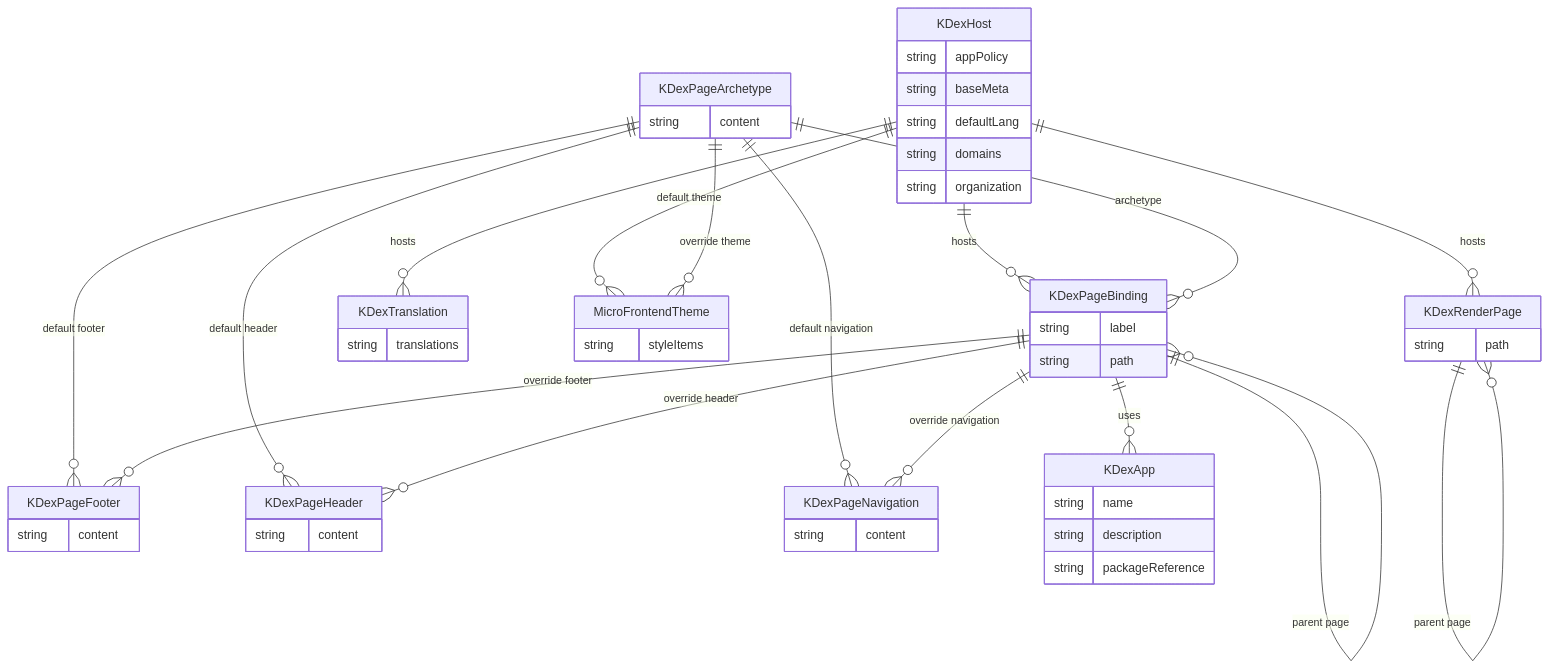
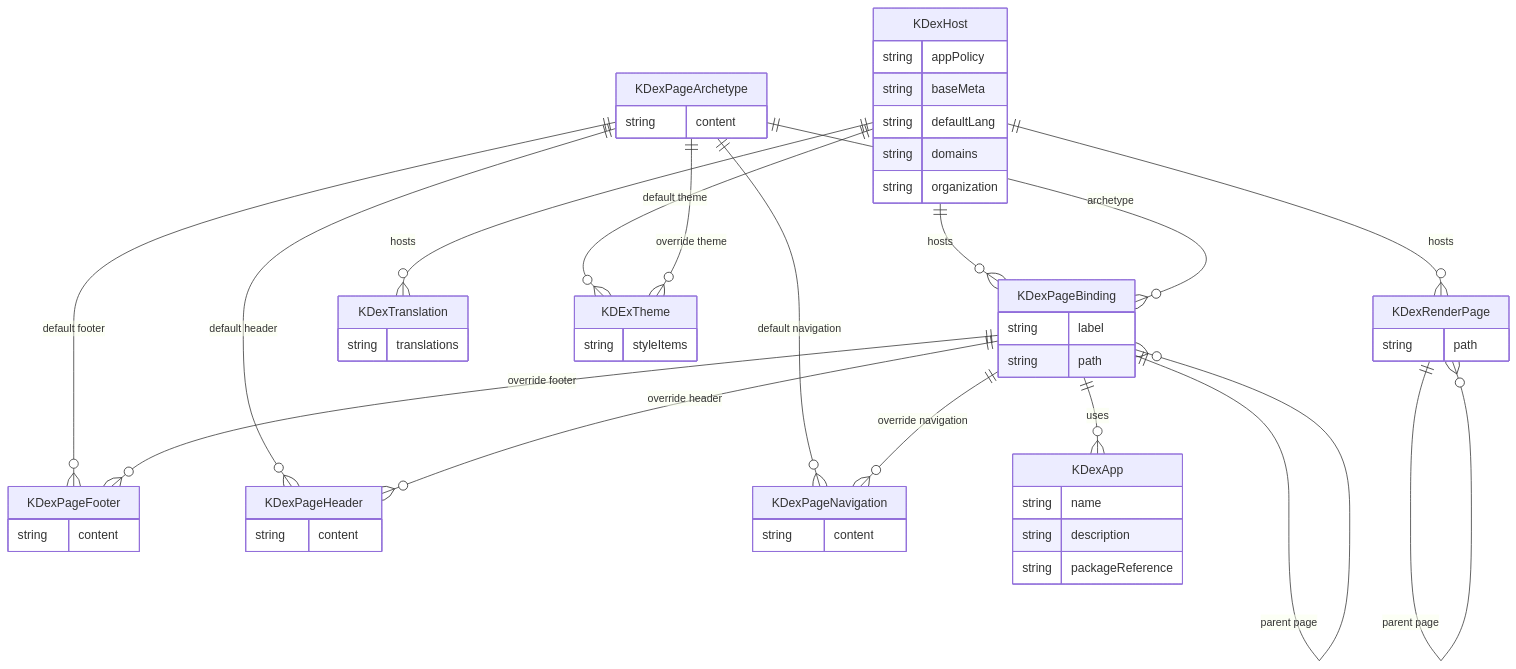
Before and after one commit to kdex-tech/kdex-crds: the diagram in CRD_RELATIONSHIPS.md, drawn with Mermaid. The commit also changed 54 other files, not shown here.

````diff
--- a/CRD_RELATIONSHIPS.md
+++ b/CRD_RELATIONSHIPS.md
@@ -5,68 +5,68 @@
 ```mermaid
 erDiagram
     KDexHost ||--o{ KDexPageBinding : "hosts"
     KDexHost ||--o{ KDexRenderPage : "hosts"
     KDexHost ||--o{ KDexTranslation : "hosts"
-    KDexHost ||--o{ MicroFrontendTheme : "default theme"
+    KDexHost ||--o{ KDExTheme : "default theme"
 
     KDexPageArchetype ||--o{ KDexPageBinding : "archetype"
     KDexPageArchetype ||--o{ KDexPageFooter : "default footer"
     KDexPageArchetype ||--o{ KDexPageHeader : "default header"
     KDexPageArchetype ||--o{ KDexPageNavigation : "default navigation"
-    KDexPageArchetype ||--o{ MicroFrontendTheme : "override theme"
+    KDexPageArchetype ||--o{ KDExTheme : "override theme"
 
     KDexPageBinding ||--o{ KDexApp : "uses"
     KDexPageBinding ||--o{ KDexPageFooter : "override footer"
     KDexPageBinding ||--o{ KDexPageHeader : "override header"
     KDexPageBinding ||--o{ KDexPageNavigation : "override navigation"
     KDexPageBinding ||--o{ KDexPageBinding : "parent page"
 
     KDexRenderPage ||--o{ KDexRenderPage : "parent page"
 
     KDexApp {
         string name
         string description
         string packageReference
     }
 
     KDexHost {
         string appPolicy
         string baseMeta
         string defaultLang
         string domains
         string organization
     }
 
     KDexPageArchetype {
         string content
     }
 
     KDexPageBinding {
         string label
         string path
     }
 
     KDexPageFooter {
         string content
     }
 
     KDexPageHeader {
         string content
     }
 
     KDexPageNavigation {
         string content
     }
 
     KDexRenderPage {
         string path
     }
 
-    MicroFrontendTheme {
+    KDExTheme {
         string styleItems
     }
 
     KDexTranslation {
         string translations
     }
 ```
````
